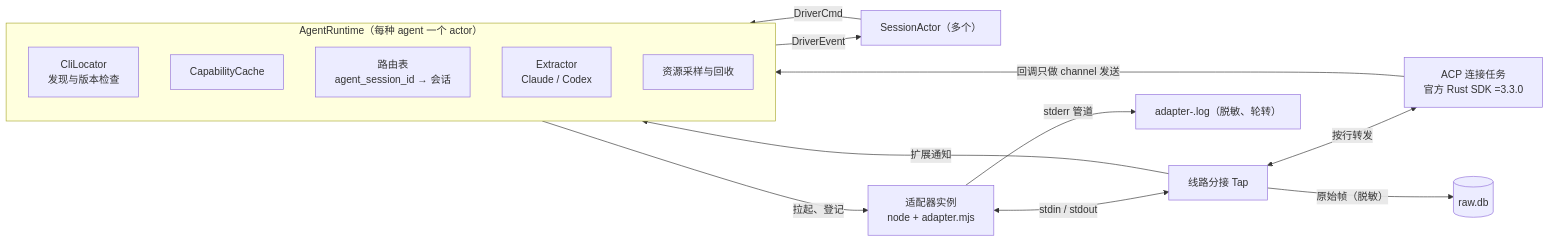
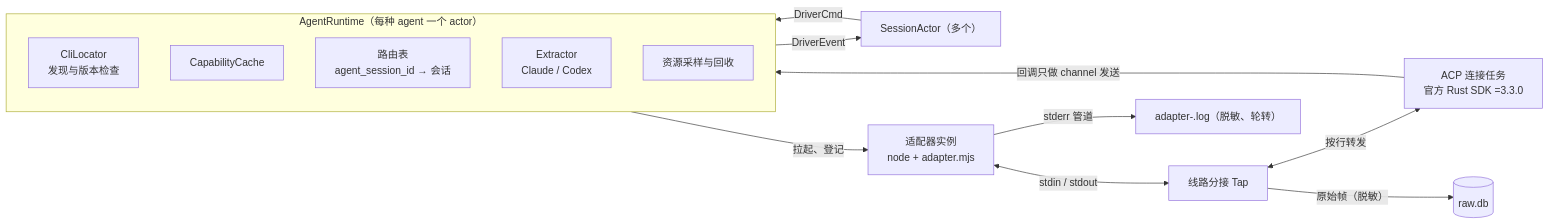
One commit to boris-w/cupper changed the diagram in docs/design/06-agent-driver.md. Above: the diagram before and after it, drawn with Mermaid. The commit also changed other lines of this file and 10 other files, not shown here.

````diff
--- a/docs/design/06-agent-driver.md
+++ b/docs/design/06-agent-driver.md
@@ -9,19 +9,18 @@
 ```mermaid
 flowchart LR
   SA["SessionActor（多个）"] -->|"DriverCmd"| AR
   subgraph AR["AgentRuntime（每种 agent 一个 actor）"]
     LOC["CliLocator<br/>发现与版本检查"]
     CAP["CapabilityCache"]
     RTR["路由表<br/>agent_session_id → 会话"]
     EXT["Extractor<br/>Claude / Codex"]
     MON["资源采样与回收"]
   end
   AR -->|"拉起、登记"| INST["适配器实例<br/>node + adapter.mjs"]
   INST <-->|"stdin / stdout"| TAP["线路分接 Tap"]
   TAP <-->|"按行转发"| SDK["ACP 连接任务<br/>官方 Rust SDK =3.3.0"]
   SDK -->|"回调只做 channel 发送"| AR
   TAP -->|"原始帧（脱敏）"| RAW[("raw.db")]
-  TAP -->|"扩展通知"| AR
   AR -->|"DriverEvent"| SA
   INST -->|"stderr 管道"| LOG["adapter-<agent>.log（脱敏、轮转）"]
 ```
````
